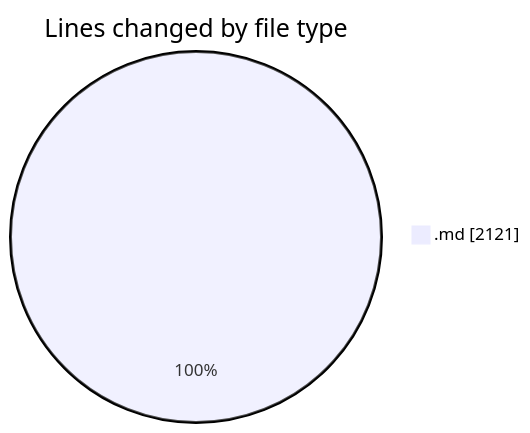
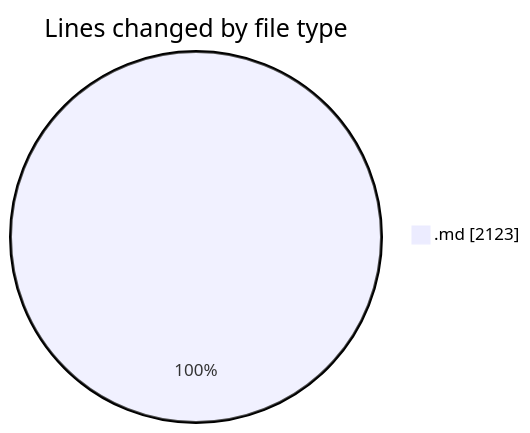
One commit to Ritupan-Deka/code-tracking changed the first of 2 diagrams in 2025-07-07/urlwebwala_intership_work/README.md. Above: the diagram before and after it, drawn with Mermaid. The commit also changed other lines of this file and 1 other file, not shown here.

````diff
--- a/2025-07-07/urlwebwala_intership_work/README.md
+++ b/2025-07-07/urlwebwala_intership_work/README.md
@@ -22,5 +22,5 @@
 ```mermaid
 pie showData
 title Lines changed by file type
-".md" : 2121
+".md" : 2123
 ```
````
